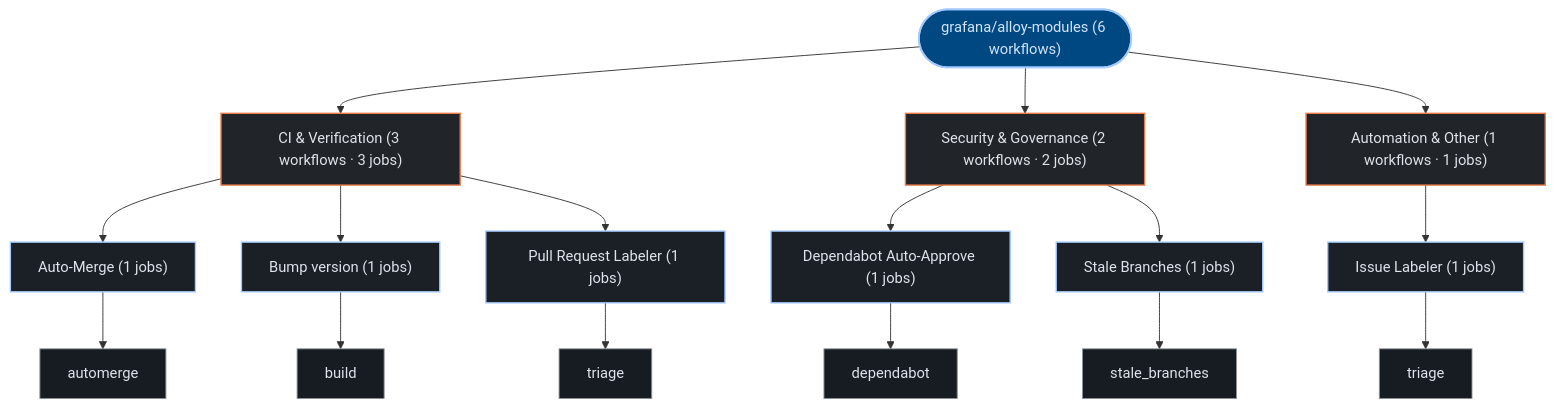
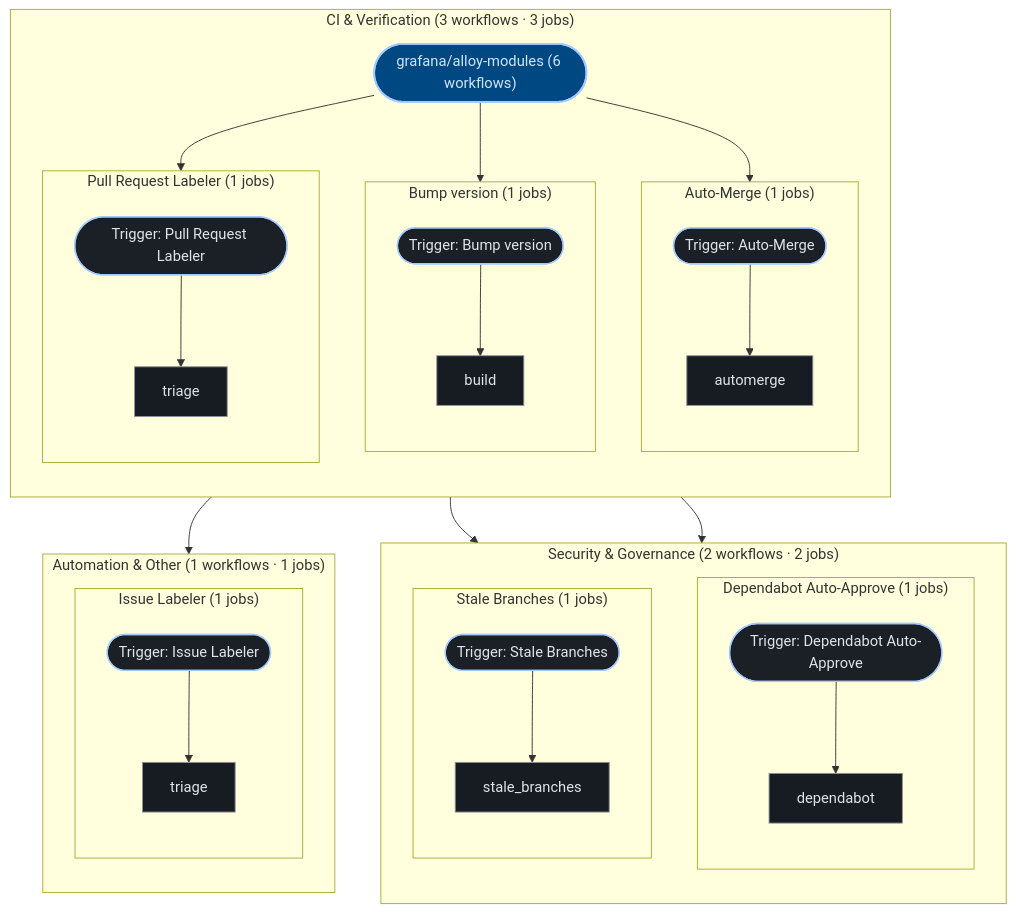
The third of 3 diagrams in exports/latest/reports/grafana-alloy-modules-report.md (kumarshaz/atruss-code-atlas), drawn with Mermaid before and after one commit. The commit also changed 181 other files, not shown here.

````diff
--- a/exports/latest/reports/grafana-alloy-modules-report.md
+++ b/exports/latest/reports/grafana-alloy-modules-report.md
@@ -121,41 +121,62 @@
 ```mermaid
 graph TD;
   classDef atlasRoot fill:#004882,stroke:#a3c9ff,stroke-width:2px,color:#d3e4ff
   classDef atlasCategory fill:#212428,stroke:#E87A48,stroke-width:1.5px,color:#dfe3eb
   classDef atlasWorkflow fill:#1b2026,stroke:#a3c9ff,stroke-width:1.5px,color:#dfe3eb
   classDef atlasJob fill:#171c22,stroke:#8d9199,stroke-width:1px,color:#dfe3eb
   classDef atlasTarget fill:#005227,stroke:#8bd99b,stroke-width:1.5px,color:#a7f6b6
   classDef atlasAlert fill:#93000a,stroke:#ffb4ab,stroke-width:1.5px,color:#ffdad6
   classDef atlasMore fill:#252a31,stroke:#8d9199,stroke-dasharray:4 4,color:#c3c6cf
   pipeline_root(["grafana/alloy-modules (6 workflows)"]):::atlasRoot
-  grp_0_CI___Verification["CI & Verification (3 workflows · 3 jobs)"]:::atlasCategory
-  pipeline_root --> grp_0_CI___Verification
-  wf_1_Auto_Merge["Auto-Merge (1 jobs)"]:::atlasWorkflow
-  grp_0_CI___Verification --> wf_1_Auto_Merge
-  job_1_automerge["automerge"]:::atlasJob
-  wf_1_Auto_Merge --> job_1_automerge
-  wf_2_Bump_version["Bump version (1 jobs)"]:::atlasWorkflow
-  grp_0_CI___Verification --> wf_2_Bump_version
-  job_2_build["build"]:::atlasJob
-  wf_2_Bump_version --> job_2_build
-  wf_4_Pull_Request_Labeler["Pull Request Labeler (1 jobs)"]:::atlasWorkflow
-  grp_0_CI___Verification --> wf_4_Pull_Request_Labeler
-  job_4_triage["triage"]:::atlasJob
-  wf_4_Pull_Request_Labeler --> job_4_triage
-  grp_1_Security___Governance["Security & Governance (2 workflows · 2 jobs)"]:::atlasCategory
-  pipeline_root --> grp_1_Security___Governance
-  wf_0_Dependabot_Auto_Approve["Dependabot Auto-Approve (1 jobs)"]:::atlasWorkflow
-  grp_1_Security___Governance --> wf_0_Dependabot_Auto_Approve
-  job_0_dependabot["dependabot"]:::atlasJob
-  wf_0_Dependabot_Auto_Approve --> job_0_dependabot
-  wf_5_Stale_Branches["Stale Branches (1 jobs)"]:::atlasWorkflow
-  grp_1_Security___Governance --> wf_5_Stale_Branches
-  job_5_stale_branches["stale_branches"]:::atlasJob
-  wf_5_Stale_Branches --> job_5_stale_branches
-  grp_2_Automation___Other["Automation & Other (1 workflows · 1 jobs)"]:::atlasCategory
-  pipeline_root --> grp_2_Automation___Other
-  wf_3_Issue_Labeler["Issue Labeler (1 jobs)"]:::atlasWorkflow
-  grp_2_Automation___Other --> wf_3_Issue_Labeler
-  job_3_triage["triage"]:::atlasJob
-  wf_3_Issue_Labeler --> job_3_triage
+  subgraph sg_grp_0_CI___Verification["CI & Verification (3 workflows · 3 jobs)"]
+    direction TB
+    subgraph sg_wf_1_Auto_Merge["Auto-Merge (1 jobs)"]
+      direction TB
+      wf_1_Auto_Merge(["Trigger: Auto-Merge"]):::atlasWorkflow
+      job_1_automerge["automerge"]:::atlasJob
+      wf_1_Auto_Merge --> job_1_automerge
+    end
+    pipeline_root --> wf_1_Auto_Merge
+    subgraph sg_wf_2_Bump_version["Bump version (1 jobs)"]
+      direction TB
+      wf_2_Bump_version(["Trigger: Bump version"]):::atlasWorkflow
+      job_2_build["build"]:::atlasJob
+      wf_2_Bump_version --> job_2_build
+    end
+    pipeline_root --> wf_2_Bump_version
+    subgraph sg_wf_4_Pull_Request_Labeler["Pull Request Labeler (1 jobs)"]
+      direction TB
+      wf_4_Pull_Request_Labeler(["Trigger: Pull Request Labeler"]):::atlasWorkflow
+      job_4_triage["triage"]:::atlasJob
+      wf_4_Pull_Request_Labeler --> job_4_triage
+    end
+    pipeline_root --> wf_4_Pull_Request_Labeler
+  end
+  subgraph sg_grp_1_Security___Governance["Security & Governance (2 workflows · 2 jobs)"]
+    direction TB
+    subgraph sg_wf_0_Dependabot_Auto_Approve["Dependabot Auto-Approve (1 jobs)"]
+      direction TB
+      wf_0_Dependabot_Auto_Approve(["Trigger: Dependabot Auto-Approve"]):::atlasWorkflow
+      job_0_dependabot["dependabot"]:::atlasJob
+      wf_0_Dependabot_Auto_Approve --> job_0_dependabot
+    end
+    pipeline_root --> wf_0_Dependabot_Auto_Approve
+    subgraph sg_wf_5_Stale_Branches["Stale Branches (1 jobs)"]
+      direction TB
+      wf_5_Stale_Branches(["Trigger: Stale Branches"]):::atlasWorkflow
+      job_5_stale_branches["stale_branches"]:::atlasJob
+      wf_5_Stale_Branches --> job_5_stale_branches
+    end
+    pipeline_root --> wf_5_Stale_Branches
+  end
+  subgraph sg_grp_2_Automation___Other["Automation & Other (1 workflows · 1 jobs)"]
+    direction TB
+    subgraph sg_wf_3_Issue_Labeler["Issue Labeler (1 jobs)"]
+      direction TB
+      wf_3_Issue_Labeler(["Trigger: Issue Labeler"]):::atlasWorkflow
+      job_3_triage["triage"]:::atlasJob
+      wf_3_Issue_Labeler --> job_3_triage
+    end
+    pipeline_root --> wf_3_Issue_Labeler
+  end
 ```
````
